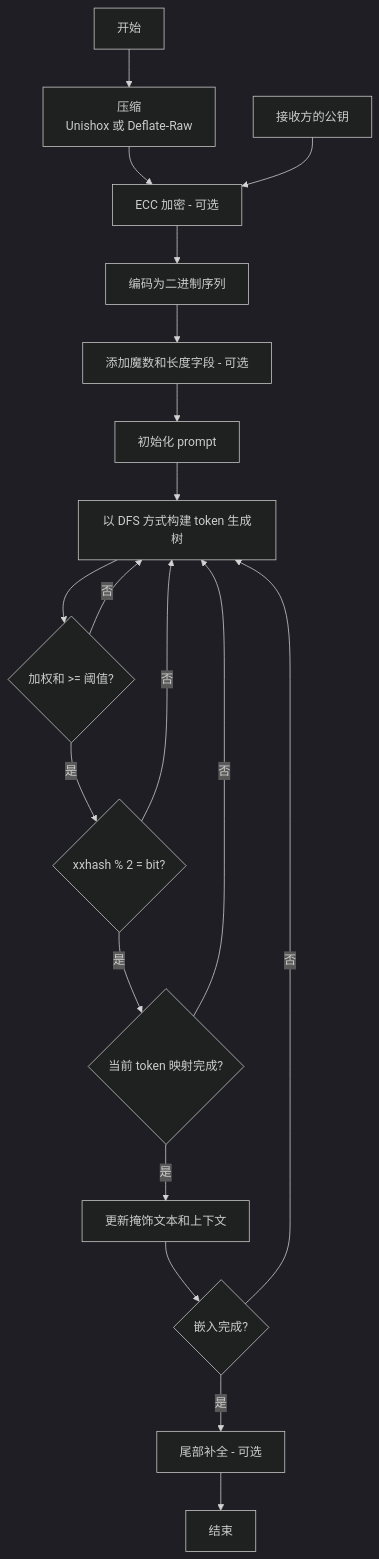
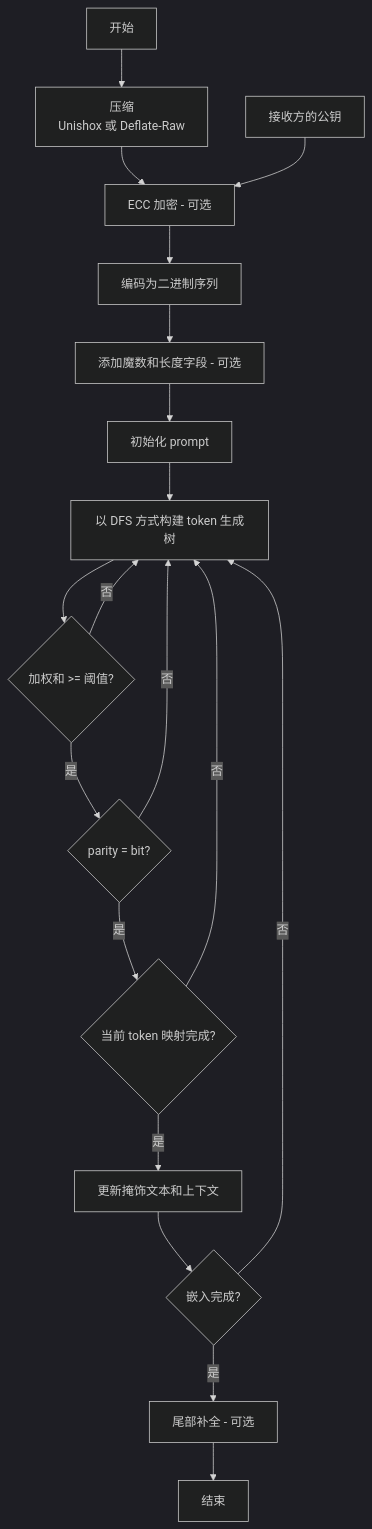
The diagram in README.md (Rin313/StegLLM), drawn with Mermaid (dark theme) before and after one commit. The commit also changed other lines of this file and 3 other files, not shown here.

````diff
--- a/README.md
+++ b/README.md
@@ -64,21 +56,21 @@
 ```mermaid
 flowchart TD
     A[开始] --> compress[压缩<br>Unishox 或 Deflate-Raw]
     compress --> encrypt[ECC 加密 - 可选]
     public[接收方的公钥] --> encrypt
     encrypt --> base[编码为二进制序列]
     base --> magicNum[添加魔数和长度字段 - 可选]
     magicNum --> prompt[初始化 prompt]
     prompt --> dfs[以 DFS 方式构建 token 生成树]
     dfs --> weightsNum{加权和 >= 阈值?}
-    weightsNum --> |是| mapping{xxhash % 2 = bit?}
+    weightsNum --> |是| mapping{parity = bit?}
     weightsNum --> |否| dfs
     mapping --> |是| mappingDone{当前 token 映射完成?}
     mapping --> |否| dfs
     mappingDone --> |是| coverText[更新掩饰文本和上下文]
     mappingDone --> |否| dfs
     coverText --> done{嵌入完成?}
     done --> |是| tail[尾部补全 - 可选]
     done --> |否| dfs
     tail --> endd[结束]
 ```
````
